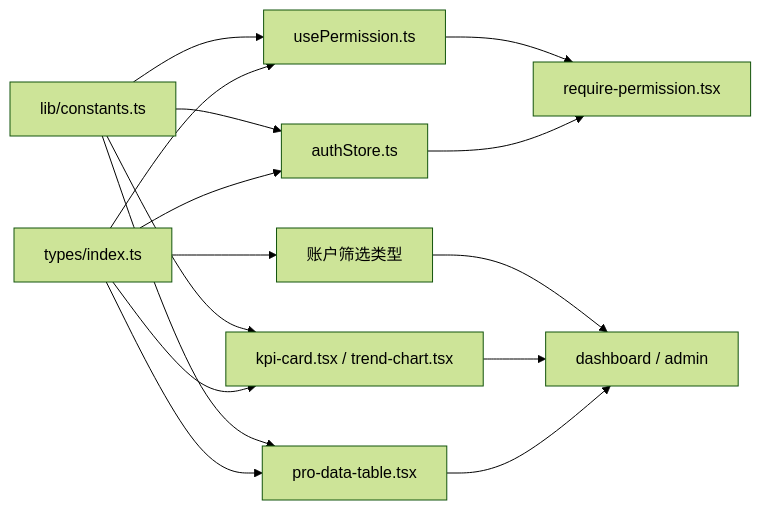
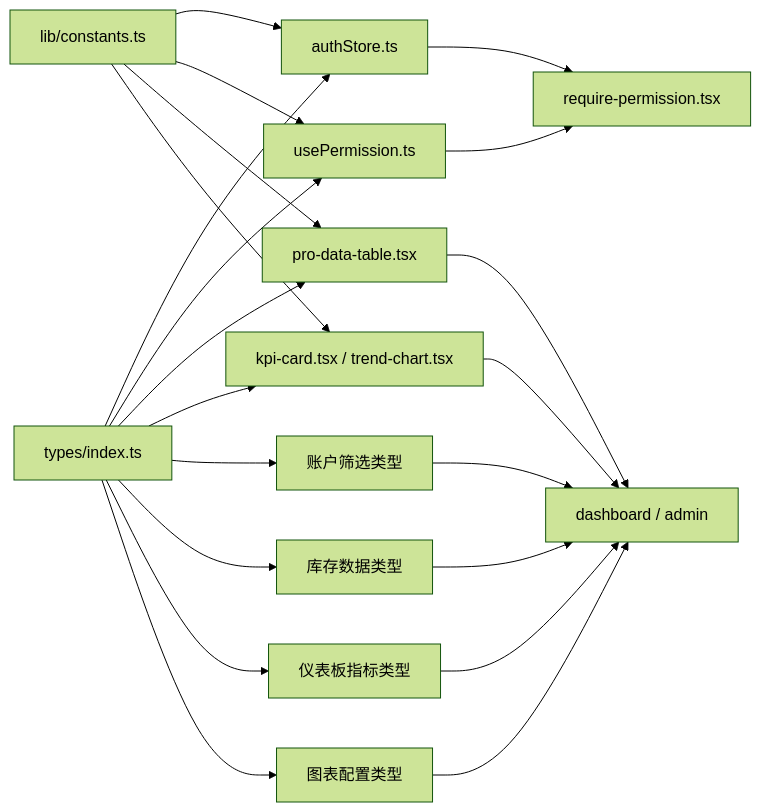
Before and after one commit to Damao997/newproject: diagram 11 of 11 in .qoder/repowiki/zh/content/核心模块/类型定义系统.md, drawn with Mermaid (forest theme). The commit also changed other lines of this file and 55 other files, not shown here.

````diff
--- a/.qoder/repowiki/zh/content/核心模块/类型定义系统.md
+++ b/.qoder/repowiki/zh/content/核心模块/类型定义系统.md
@@ -367,17 +546,23 @@
 ```mermaid
 graph LR
 Types["types/index.ts"] --> Auth["authStore.ts"]
 Types --> Perm["usePermission.ts"]
 Types --> Table["pro-data-table.tsx"]
 Types --> Charts["kpi-card.tsx / trend-chart.tsx"]
 Types --> AccountFilter["账户筛选类型"]
+Types --> Inventory["库存数据类型"]
+Types --> Dashboard["仪表板指标类型"]
+Types --> ChartConfig["图表配置类型"]
 Consts["lib/constants.ts"] --> Auth
 Consts --> Perm
 Consts --> Table
 Consts --> Charts
 Auth --> Guard["require-permission.tsx"]
 Perm --> Guard
 Table --> Pages["dashboard / admin"]
 Charts --> Pages
 AccountFilter --> Pages
+Inventory --> Pages
+Dashboard --> Pages
+ChartConfig --> Pages
 ```
````
